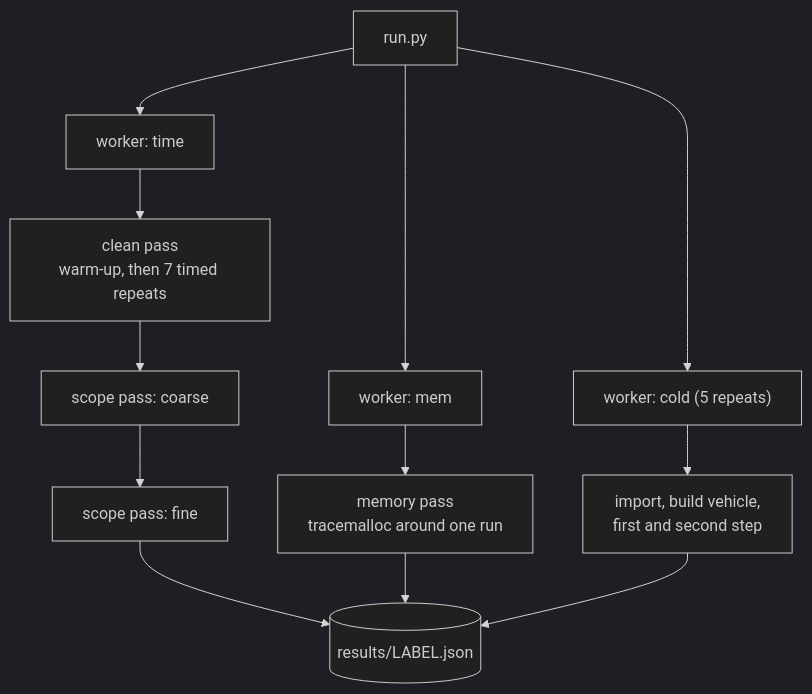
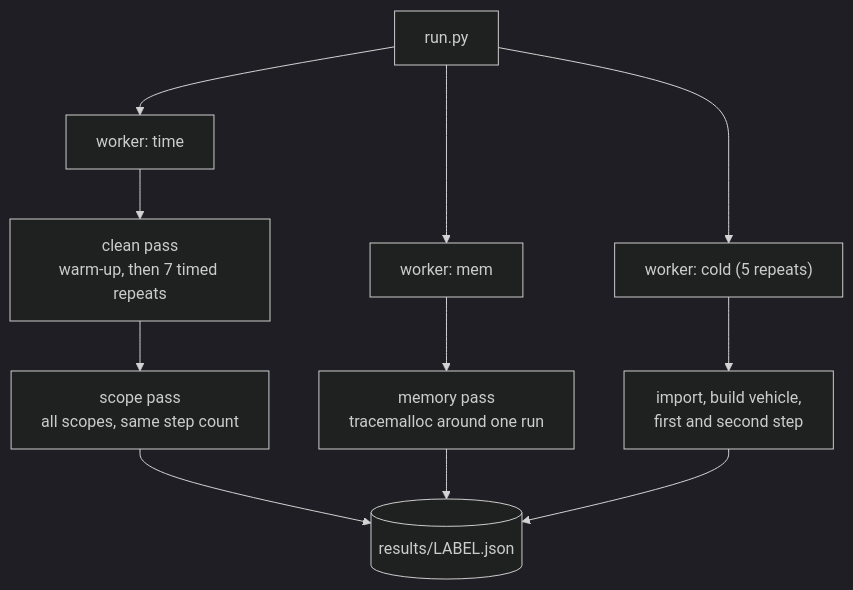
One commit to hazrmard/multirotor changed the second of 4 diagrams in scripts/benchmarks/README.md. Above: the diagram before and after it, drawn with Mermaid (dark theme). The commit also changed other lines of this file and 5 other files, not shown here.

First line of the commit message:
Benchmarks: one scope pass with a coarse view, 64-step restarts, Case dataclass

````diff
--- a/scripts/benchmarks/README.md
+++ b/scripts/benchmarks/README.md
@@ -35,14 +35,13 @@
 ```mermaid
 flowchart TD
     run["run.py"] --> T["worker: time"]
     run --> M["worker: mem"]
     run --> C["worker: cold (5 repeats)"]
     T --> P1["clean pass<br/>warm-up, then 7 timed repeats"]
-    P1 --> P2["scope pass: coarse"]
-    P2 --> P3["scope pass: fine"]
+    P1 --> P2["scope pass<br/>all scopes, same step count"]
     M --> P4["memory pass<br/>tracemalloc around one run"]
     C --> P5["import, build vehicle,<br/>first and second step"]
-    P3 --> J[("results/LABEL.json")]
+    P2 --> J[("results/LABEL.json")]
     P4 --> J
     P5 --> J
 ```
````
